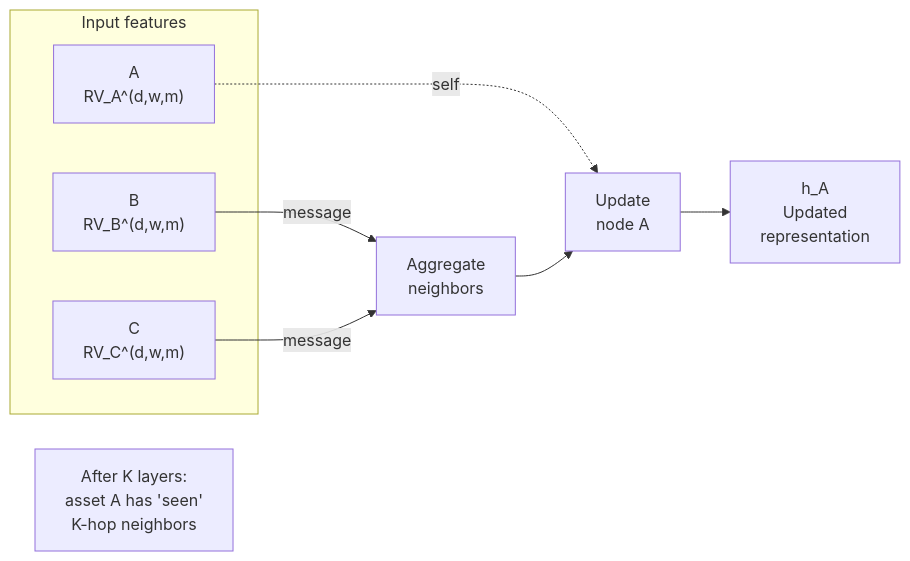
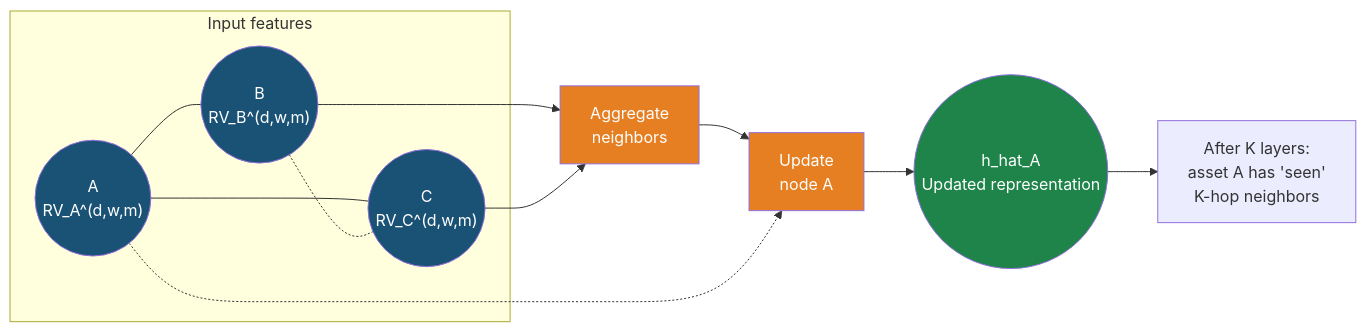
The sixth of 7 diagrams in vol-learning-guide/markdown/ch14-multivariate-volatility.md (xRyann2255/ML-GS), drawn with Mermaid before and after one commit. The commit also changed other lines of this file and 10 other files, not shown here.

Commit message:
docs(vol-guide): regenerate markdown mirrors after diagram audit (ch10 taxonomy + ch03 decision-tree semantic; 9 re-layout refreshes)

````diff
--- a/vol-learning-guide/markdown/ch14-multivariate-volatility.md
+++ b/vol-learning-guide/markdown/ch14-multivariate-volatility.md
@@ -525,20 +351,23 @@
 ```mermaid
 flowchart LR
-    subgraph Input["Input features"]
-        A["A\nRV_A^(d,w,m)"]
-        B["B\nRV_B^(d,w,m)"]
-        C["C\nRV_C^(d,w,m)"]
+    subgraph input["Input features"]
+        A(("A<br/>RV_A^(d,w,m)"))
+        B(("B<br/>RV_B^(d,w,m)"))
+        C(("C<br/>RV_C^(d,w,m)"))
     end
-
-    AGG["Aggregate\nneighbors"]
-    UPD["Update\nnode A"]
-    OUT["h_A\nUpdated\nrepresentation"]
-
-    B -->|message| AGG
-    C -->|message| AGG
-    A -.->|self| UPD
-    AGG --> UPD
-    UPD --> OUT
-
-    note["After K layers:\nasset A has 'seen'\nK-hop neighbors"]
+    A --- B
+    A --- C
+    B -.- C
+    B --> agg["Aggregate<br/>neighbors"]
+    C --> agg
+    agg --> upd["Update<br/>node A"]
+    A -.-> upd
+    upd --> out(("h_hat_A<br/>Updated representation"))
+    out --> ann["After K layers:<br/>asset A has 'seen'<br/>K-hop neighbors"]
+    style A fill:#1a5276,color:#fff
+    style B fill:#1a5276,color:#fff
+    style C fill:#1a5276,color:#fff
+    style agg fill:#e67e22,color:#fff
+    style upd fill:#e67e22,color:#fff
+    style out fill:#1e8449,color:#fff
 ```
````
